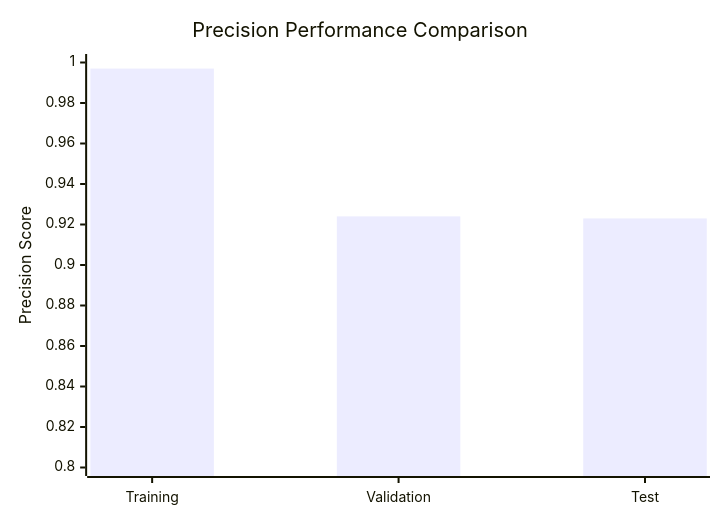
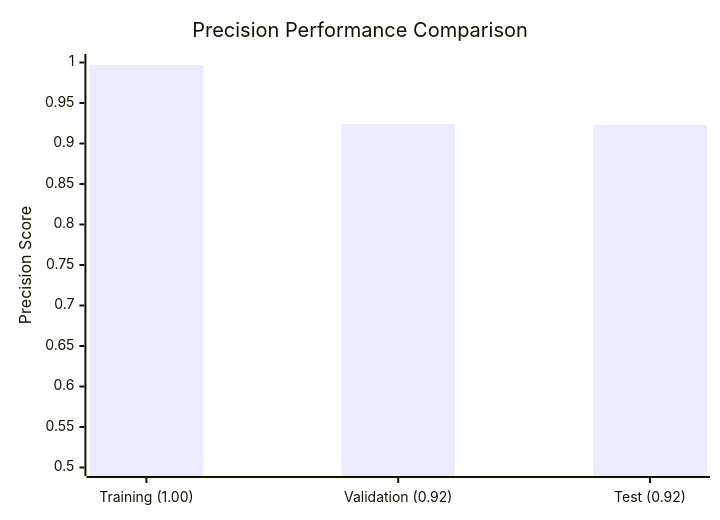
The third of 5 diagrams in README.md (Daniel-Lachner-Piza/EEG_Characterizer_HFO), drawn with Mermaid before and after one commit. The commit also changed other lines of this file, not shown here.

````diff
--- a/README.md
+++ b/README.md
@@ -60,7 +60,7 @@
 ```mermaid
 xychart-beta
     title "Precision Performance Comparison"
-    x-axis ["Training", "Validation", "Test"]
-    y-axis "Precision Score" 0.8 --> 1.0
+    x-axis ["Training (1.00)", "Validation (0.92)", "Test (0.92)"]
+    y-axis "Precision Score" 0.5 --> 1.0
     bar [0.997, 0.924, 0.923]
 ```
````
